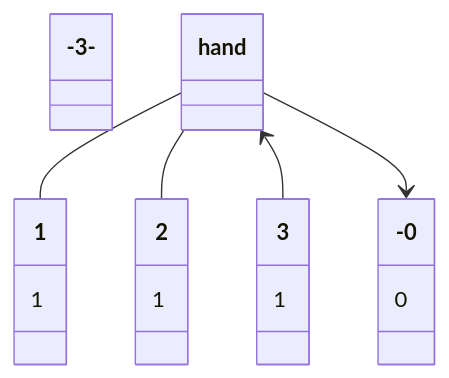
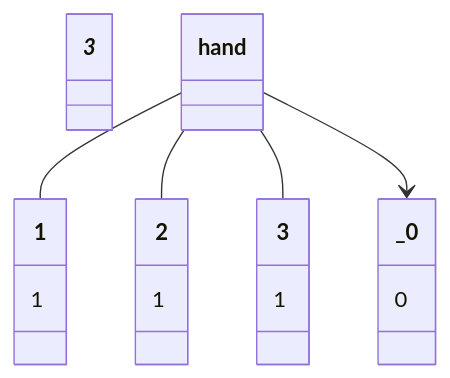
Diagram 24 of 37 in README.md (sadmanca/ece344), drawn with Mermaid before and after one commit. The commit also changed other lines of this file, not shown here.

````diff
--- a/README.md
+++ b/README.md
@@ -7698,24 +7700,24 @@
 ```mermaid
 classDiagram
-    class -3-
+    class _3_
 
     hand -- 1
     hand -- 2
-    hand <-- 3
-    hand --> -0
+    hand -- 3
+    hand --> _0
 
     class hand {
     }
     class 1 {
       1
     }
     class 2 {
       1
    }
    class 3 {
       1
    }
-   class -0 {
+   class _0 {
       0
    }
 ```
````
